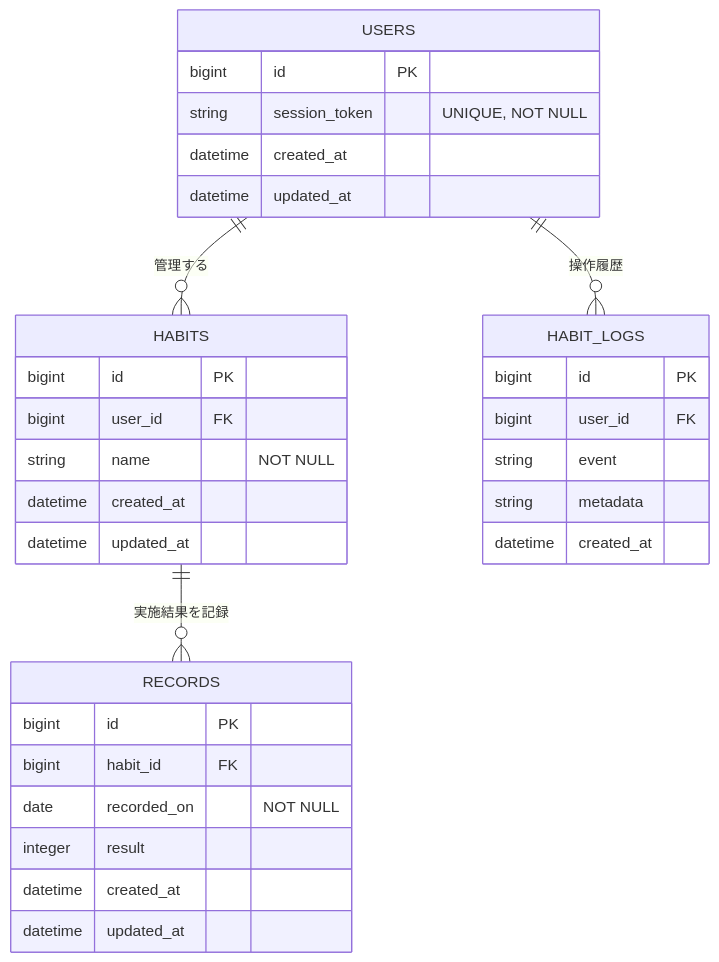
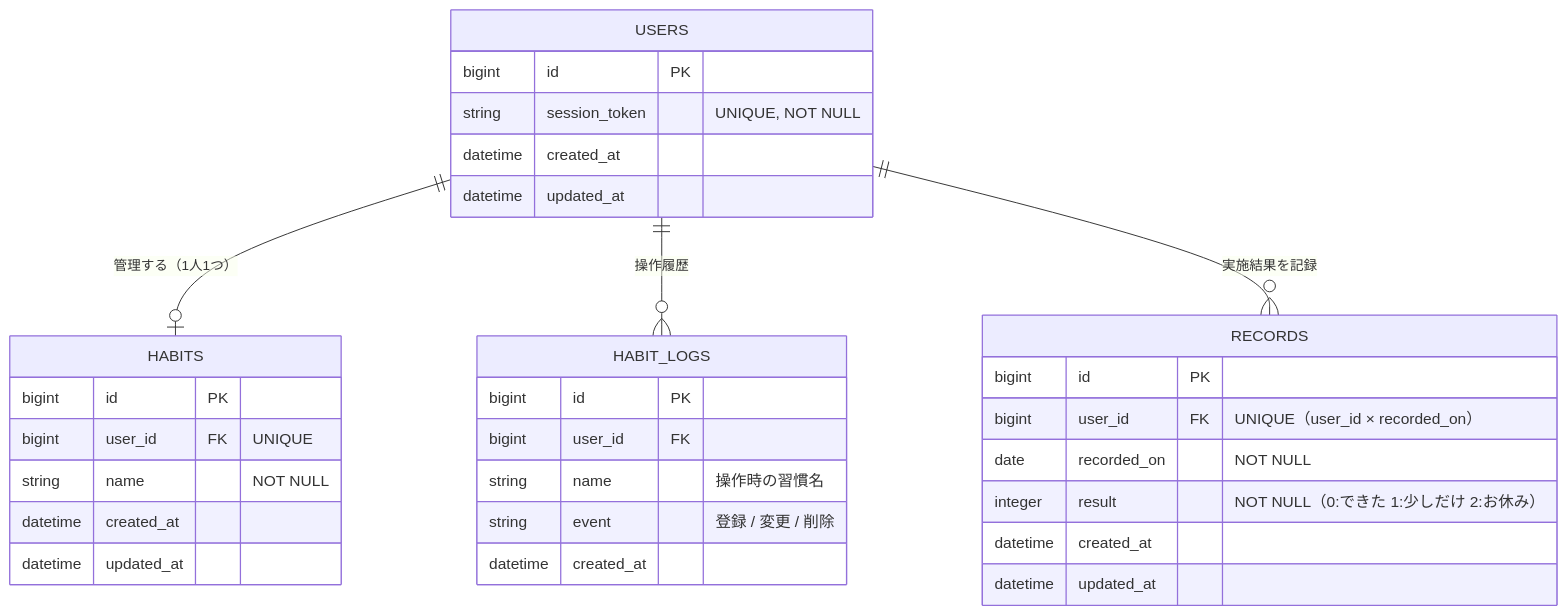
Before and after one commit to Satou20250828/Step-Log: the first of 2 diagrams in README.md, drawn with Mermaid. The commit also changed other lines of this file, not shown here.

Commit message:
docs: 疑似ログインとER図の説明を実装に合わせて修正 #71
- 疑似ログインの説明を、署名付きCookieでの識別とユーザー作成のタイミングに合わせて修正
- ER図の記録テーブルの外部キーをhabit_idからuser_idに修正（複合ユニーク制約の説明も同様）
- ER図の操作履歴テーブルのカラムをmetadataからname・eventに修正

````diff
--- a/README.md
+++ b/README.md
@@ -204,38 +204,38 @@
 ```mermaid
 erDiagram
-  USERS ||--o{ HABITS : "管理する"
+  USERS ||--o| HABITS : "管理する（1人1つ）"
   USERS ||--o{ HABIT_LOGS : "操作履歴"
-  HABITS ||--o{ RECORDS : "実施結果を記録"
+  USERS ||--o{ RECORDS : "実施結果を記録"
 
   USERS {
     bigint id PK
     string session_token "UNIQUE, NOT NULL"
     datetime created_at
     datetime updated_at
   }
 
   HABITS {
     bigint id PK
-    bigint user_id FK
+    bigint user_id FK "UNIQUE"
     string name "NOT NULL"
     datetime created_at
     datetime updated_at
   }
 
   HABIT_LOGS {
     bigint id PK
     bigint user_id FK
-    string event
-    string metadata
+    string name "操作時の習慣名"
+    string event "登録 / 変更 / 削除"
     datetime created_at
   }
 
   RECORDS {
     bigint id PK
-    bigint habit_id FK
+    bigint user_id FK "UNIQUE（user_id × recorded_on）"
     date recorded_on "NOT NULL"
-    integer result
+    integer result "NOT NULL（0:できた 1:少しだけ 2:お休み）"
     datetime created_at
     datetime updated_at
   }
 ```
````
